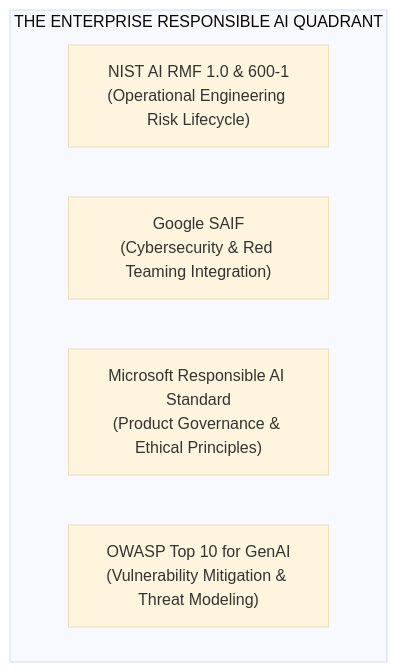
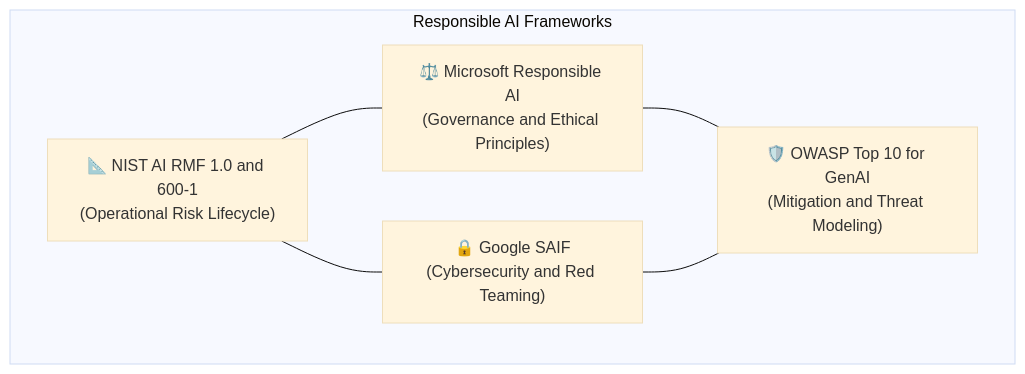
One commit to dip4k/senior-engineer-to-ai-engineer-roadmap changed diagram 11 of 12 in resources/ai-governance-and-compliance-guide.md. Above: the diagram before and after it, drawn with Mermaid (base theme). The commit also changed other lines of this file and 94 other files, not shown here.

Commit message:
refactor(curriculum): complete Phase 04 upgrade and enforce diagram renderer invariants

````diff
--- a/resources/ai-governance-and-compliance-guide.md
+++ b/resources/ai-governance-and-compliance-guide.md
@@ -725,9 +725,13 @@
 ```mermaid
 flowchart TD
-    subgraph BigFour["THE ENTERPRISE RESPONSIBLE AI QUADRANT"]
-        NIST["NIST AI RMF 1.0 & 600-1\n(Operational Engineering Risk Lifecycle)"]
-        SAIF["Google SAIF\n(Cybersecurity & Red Teaming Integration)"]
-        RAI["Microsoft Responsible AI Standard\n(Product Governance & Ethical Principles)"]
-        OWASP["OWASP Top 10 for GenAI\n(Vulnerability Mitigation & Threat Modeling)"]
+    subgraph BigFour["Responsible AI Frameworks"]
+        NIST["📐 NIST AI RMF 1.0 and 600-1\n(Operational Risk Lifecycle)"]
+        SAIF["🔒 Google SAIF\n(Cybersecurity and Red Teaming)"]
+        RAI["⚖️ Microsoft Responsible AI\n(Governance and Ethical Principles)"]
+        OWASP["🛡️ OWASP Top 10 for GenAI\n(Mitigation and Threat Modeling)"]
+        NIST --- SAIF
+        RAI --- OWASP
+        NIST --- RAI
+        SAIF --- OWASP
     end
 ```
````
